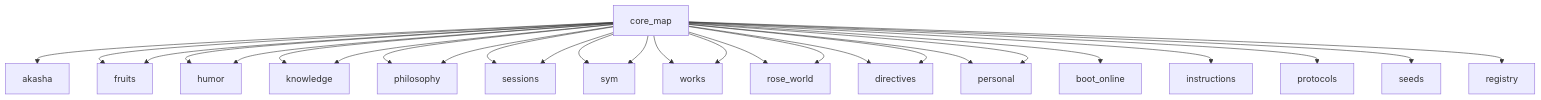
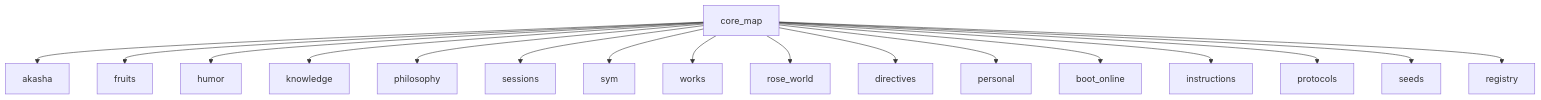
Before and after one commit to voodoomushroomzzz-source/mandala-core: the diagram in honeycombs/fruits/mge/output/mandala_graph.mmd, drawn with Mermaid. The commit also changed 2 other files, not shown here.

```diff
--- a/honeycombs/fruits/mge/output/mandala_graph.mmd
+++ b/honeycombs/fruits/mge/output/mandala_graph.mmd
@@ -1,27 +1,17 @@
 graph TD
   core_map --> akasha
   core_map --> fruits
   core_map --> humor
   core_map --> knowledge
   core_map --> philosophy
   core_map --> sessions
   core_map --> sym
   core_map --> works
   core_map --> rose_world
   core_map --> directives
   core_map --> personal
   core_map --> boot_online
-  core_map --> fruits
-  core_map --> humor
   core_map --> instructions
-  core_map --> knowledge
-  core_map --> philosophy
   core_map --> protocols
   core_map --> seeds
-  core_map --> sessions
-  core_map --> sym
-  core_map --> works
   core_map --> registry
-  core_map --> rose_world
-  core_map --> directives
-  core_map --> personal
```
